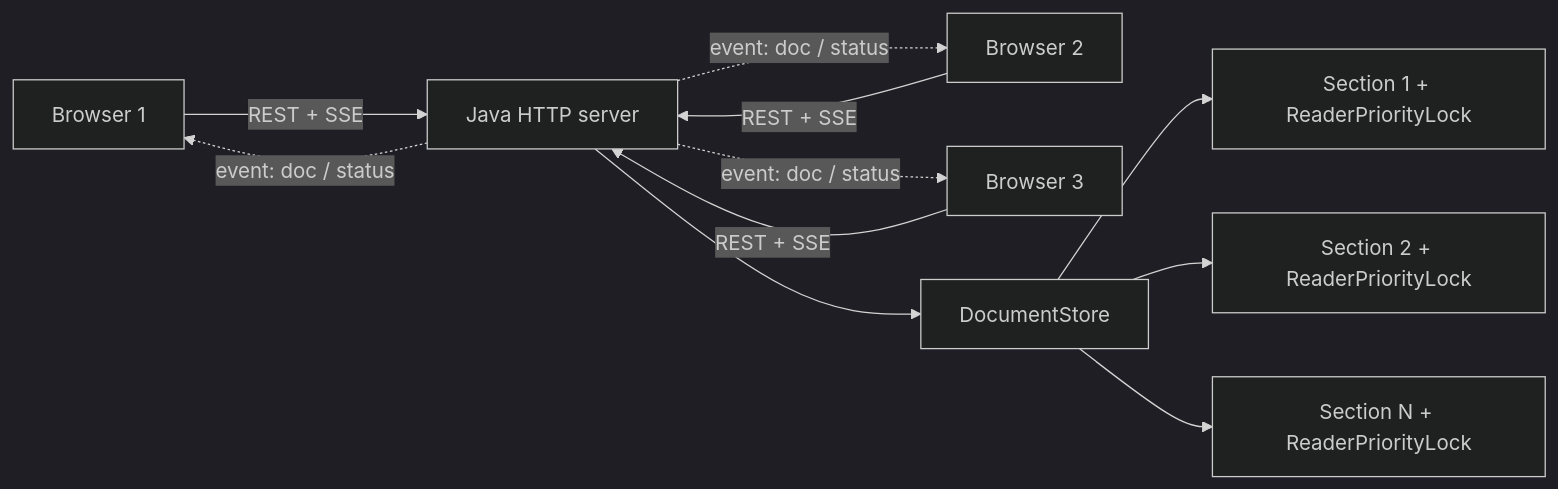
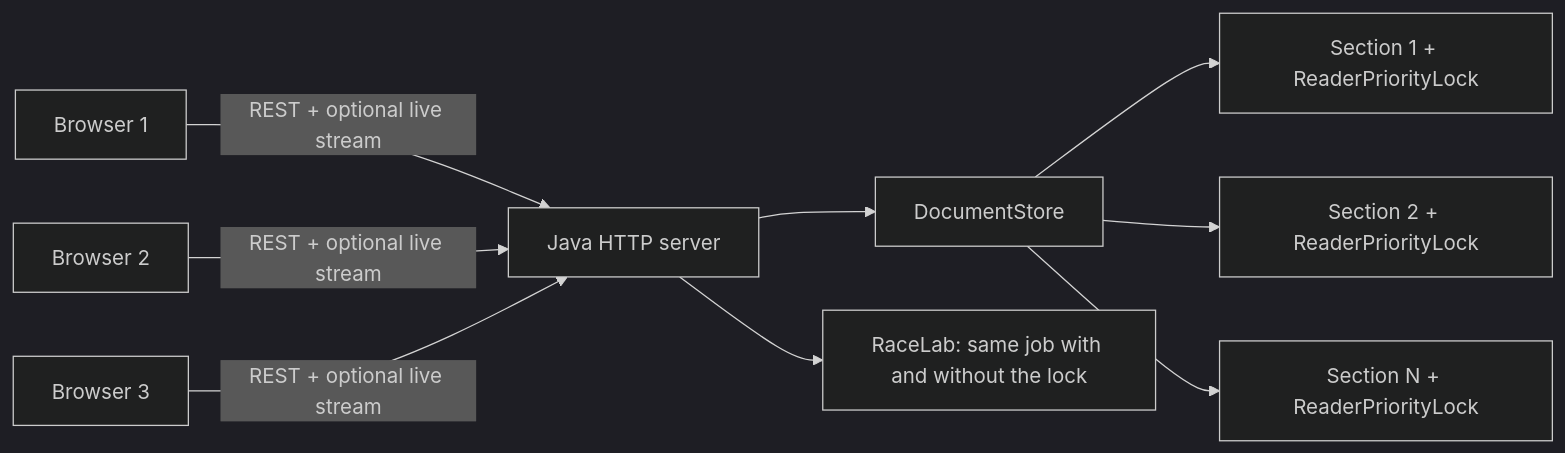
One commit to Jidnyasa-P/spos-collab-editor changed the diagram in README.md. Above: the diagram before and after it, drawn with Mermaid (dark theme). The commit also changed other lines of this file and 32 other files, not shown here.

````diff
--- a/README.md
+++ b/README.md
@@ -30,9 +34,9 @@
 ```mermaid
 flowchart LR
-  B1[Browser 1] & B2[Browser 2] & B3[Browser 3] -->|REST + SSE| S[Java HTTP server]
+  B1[Browser 1] & B2[Browser 2] & B3[Browser 3] -->|REST + optional live stream| S[Java HTTP server]
   S --> D[DocumentStore]
   D --> A[Section 1 + ReaderPriorityLock]
   D --> B[Section 2 + ReaderPriorityLock]
   D --> C[Section N + ReaderPriorityLock]
-  S -. "event: doc / status" .-> B1 & B2 & B3
+  S --> L[RaceLab: same job with and without the lock]
 ```
````
